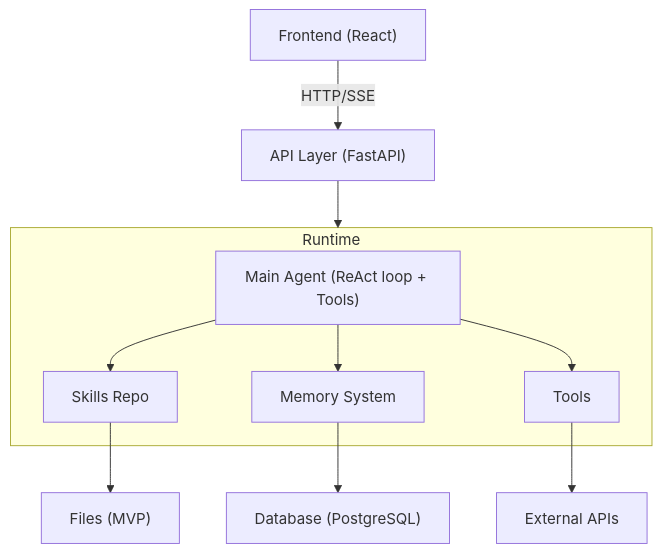
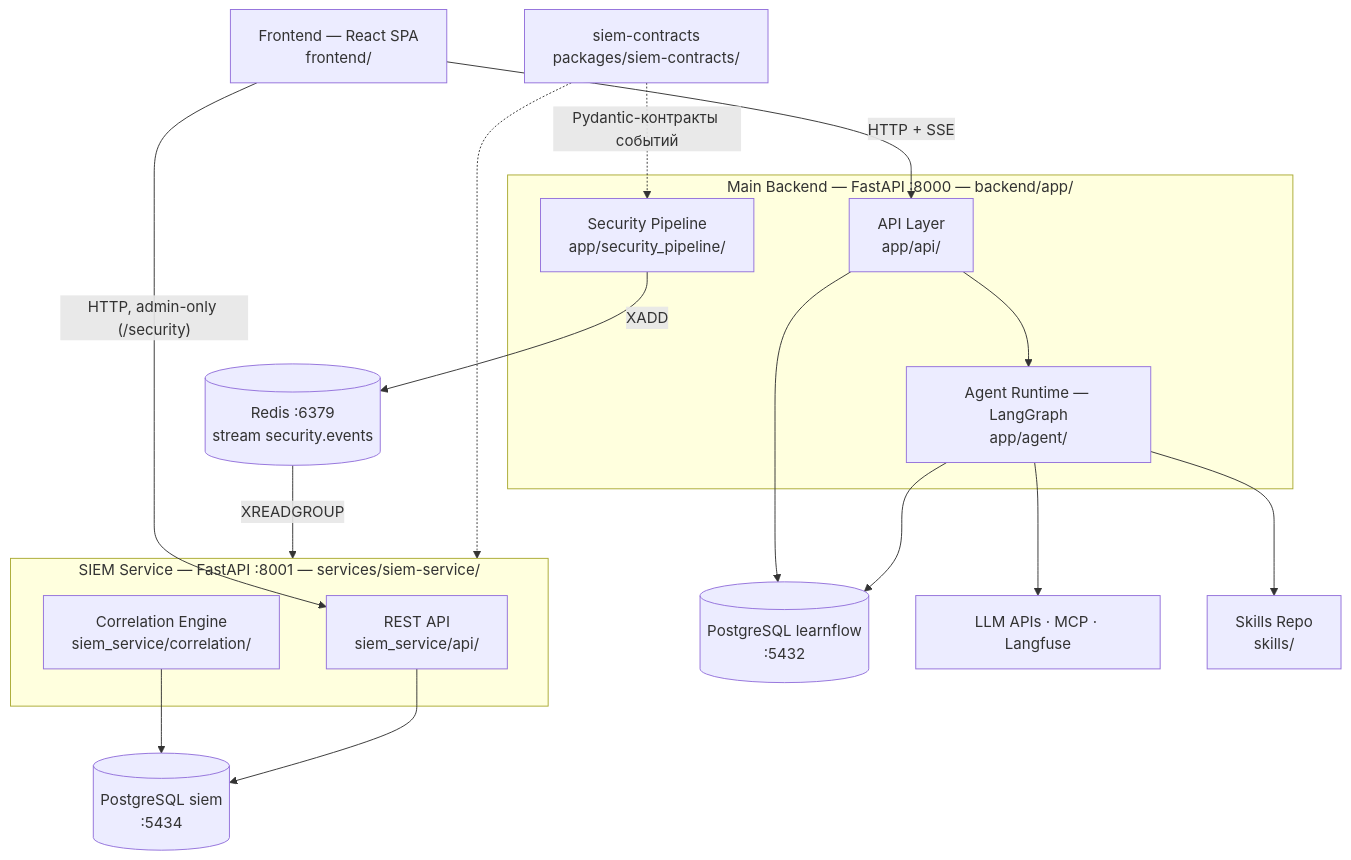
The diagram in doc/vision.md (Bbar0n234/learnflow-ai), drawn with Mermaid before and after one commit. The commit also changed other lines of this file and 5 other files, not shown here.

First line of the commit message:
docs(architecture): multi-level layers diagrams + siem-service doc

````diff
--- a/doc/vision.md
+++ b/doc/vision.md
@@ -19,16 +19,36 @@
 ```mermaid
 graph TD
-    Frontend["Frontend (React)"] -->|HTTP/SSE| API["API Layer (FastAPI)"]
-    API --> Runtime["Agent Runtime (LangGraph)"]
+    Frontend["Frontend — React SPA<br>frontend/"]
 
-    subgraph Runtime
-        Agent["Main Agent (ReAct loop + Tools)"]
-        Agent --> Skills["Skills Repo"]
-        Agent --> Memory["Memory System"]
-        Agent --> Tools["Tools"]
+    subgraph Backend["Main Backend — FastAPI :8000 — backend/app/"]
+        API["API Layer<br>app/api/"]
+        Runtime["Agent Runtime — LangGraph<br>app/agent/"]
+        SecPipe["Security Pipeline<br>app/security_pipeline/"]
     end
 
-    Skills --> Files["Files (MVP)"]
-    Memory --> DB["Database (PostgreSQL)"]
-    Tools --> External["External APIs"]
+    subgraph SIEM["SIEM Service — FastAPI :8001 — services/siem-service/"]
+        SiemAPI["REST API<br>siem_service/api/"]
+        Correlation["Correlation Engine<br>siem_service/correlation/"]
+    end
+
+    Contracts["siem-contracts<br>packages/siem-contracts/"]
+    MainDB[("PostgreSQL learnflow<br>:5432")]
+    SiemDB[("PostgreSQL siem<br>:5434")]
+    Redis[("Redis :6379<br>stream security.events")]
+    External["LLM APIs · MCP · Langfuse"]
+    SkillsDir["Skills Repo<br>skills/"]
+
+    Frontend -->|HTTP + SSE| API
+    Frontend -->|"HTTP, admin-only (/security)"| SiemAPI
+    API --> Runtime
+    API --> MainDB
+    Runtime --> MainDB
+    Runtime --> External
+    Runtime --> SkillsDir
+    SecPipe -->|XADD| Redis
+    Redis -->|XREADGROUP| SIEM
+    Correlation --> SiemDB
+    SiemAPI --> SiemDB
+    Contracts -.->|Pydantic-контракты событий| SecPipe
+    Contracts -.-> SIEM
 ```
````
